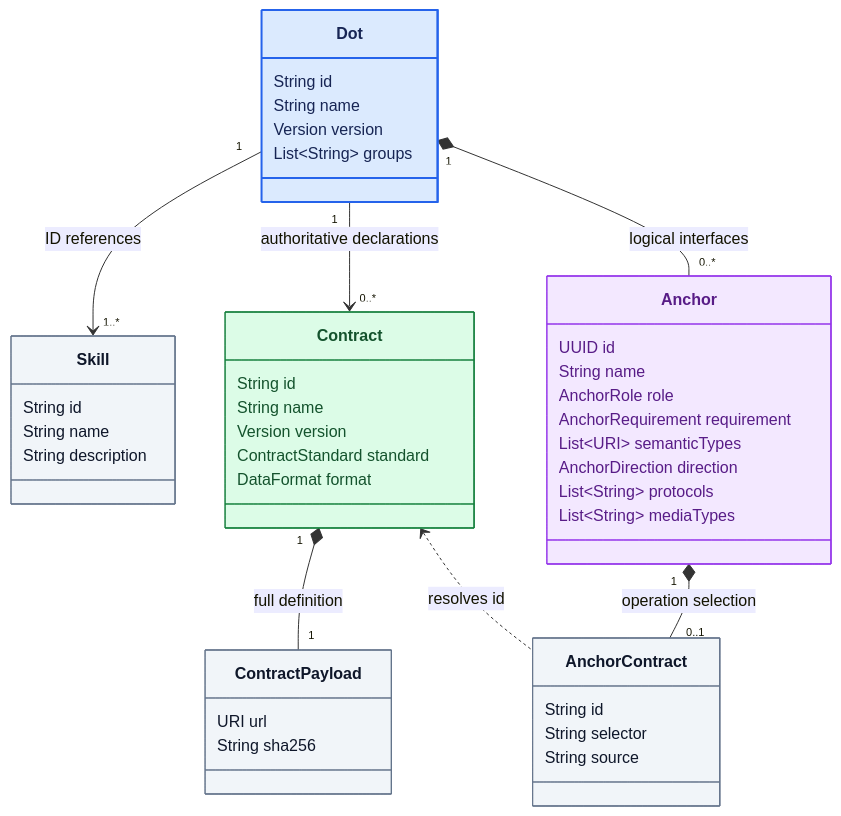
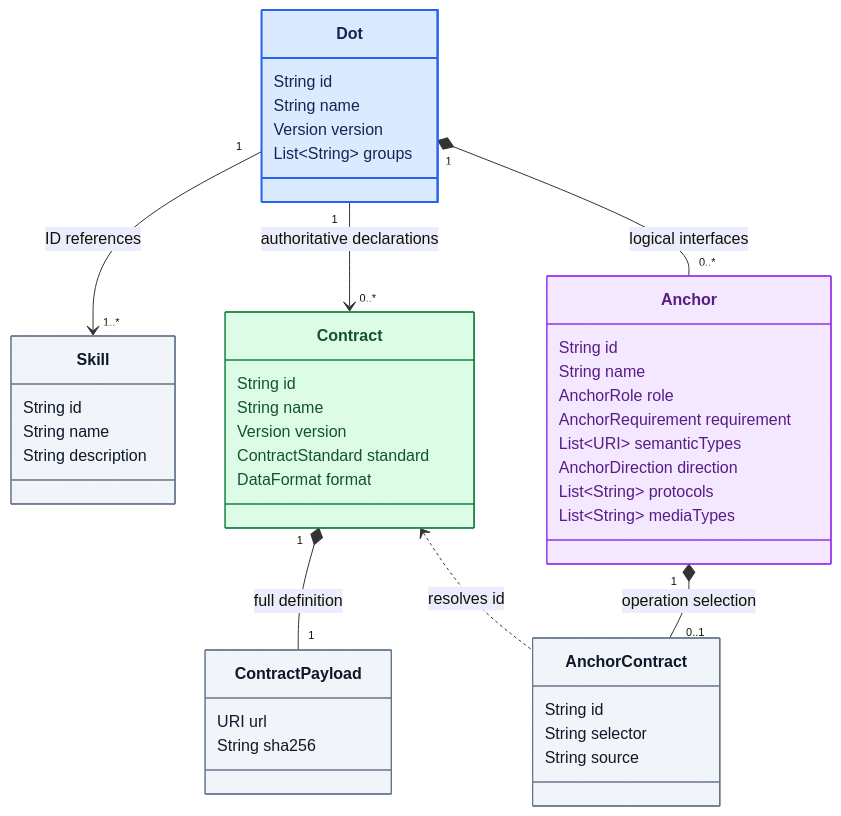
The diagram in DOT-Design/next/dot-design/_attachments/diagrams/domain-interfaces.mmd (MARE-EU-Project/DOT-Docs), drawn with Mermaid before and after one commit. The commit also changed 28 other files, not shown here.

```diff
--- a/DOT-Design/next/dot-design/_attachments/diagrams/domain-interfaces.mmd
+++ b/DOT-Design/next/dot-design/_attachments/diagrams/domain-interfaces.mmd
@@ -1,56 +1,56 @@
 classDiagram
   direction TB
   accTitle: DOT identity and interoperable interfaces
   accDescr: A DOT references Skills, declares Contracts, and owns Anchors. Complete Contracts use HTTPS payloads pinned by SHA-256. Contract-backed Anchors select operations by Contract ID and selector.
 
   class Dot {
     String id
     String name
     Version version
     List~String~ groups
   }
   class Skill {
     String id
     String name
     String description
   }
   class Contract {
     String id
     String name
     Version version
     ContractStandard standard
     DataFormat format
   }
   class ContractPayload {
     URI url
     String sha256
   }
   class Anchor {
-    UUID id
+    String id
     String name
     AnchorRole role
     AnchorRequirement requirement
     List~URI~ semanticTypes
     AnchorDirection direction
     List~String~ protocols
     List~String~ mediaTypes
   }
   class AnchorContract {
     String id
     String selector
     String source
   }
 
   Dot "1" --> "1..*" Skill : ID references
   Dot "1" --> "0..*" Contract : authoritative declarations
   Dot "1" *-- "0..*" Anchor : logical interfaces
   Contract "1" *-- "1" ContractPayload : full definition
   Anchor "1" *-- "0..1" AnchorContract : operation selection
   Contract <.. AnchorContract : resolves id
 
   style Dot fill:#dbeafe,stroke:#2563eb,color:#172554,stroke-width:2px
   style Skill fill:#f1f5f9,stroke:#64748b,color:#0f172a
   style ContractPayload fill:#f1f5f9,stroke:#64748b,color:#0f172a
   style AnchorContract fill:#f1f5f9,stroke:#64748b,color:#0f172a
   style Contract fill:#dcfce7,stroke:#15803d,color:#14532d
   style Anchor fill:#f3e8ff,stroke:#9333ea,color:#581c87
```
